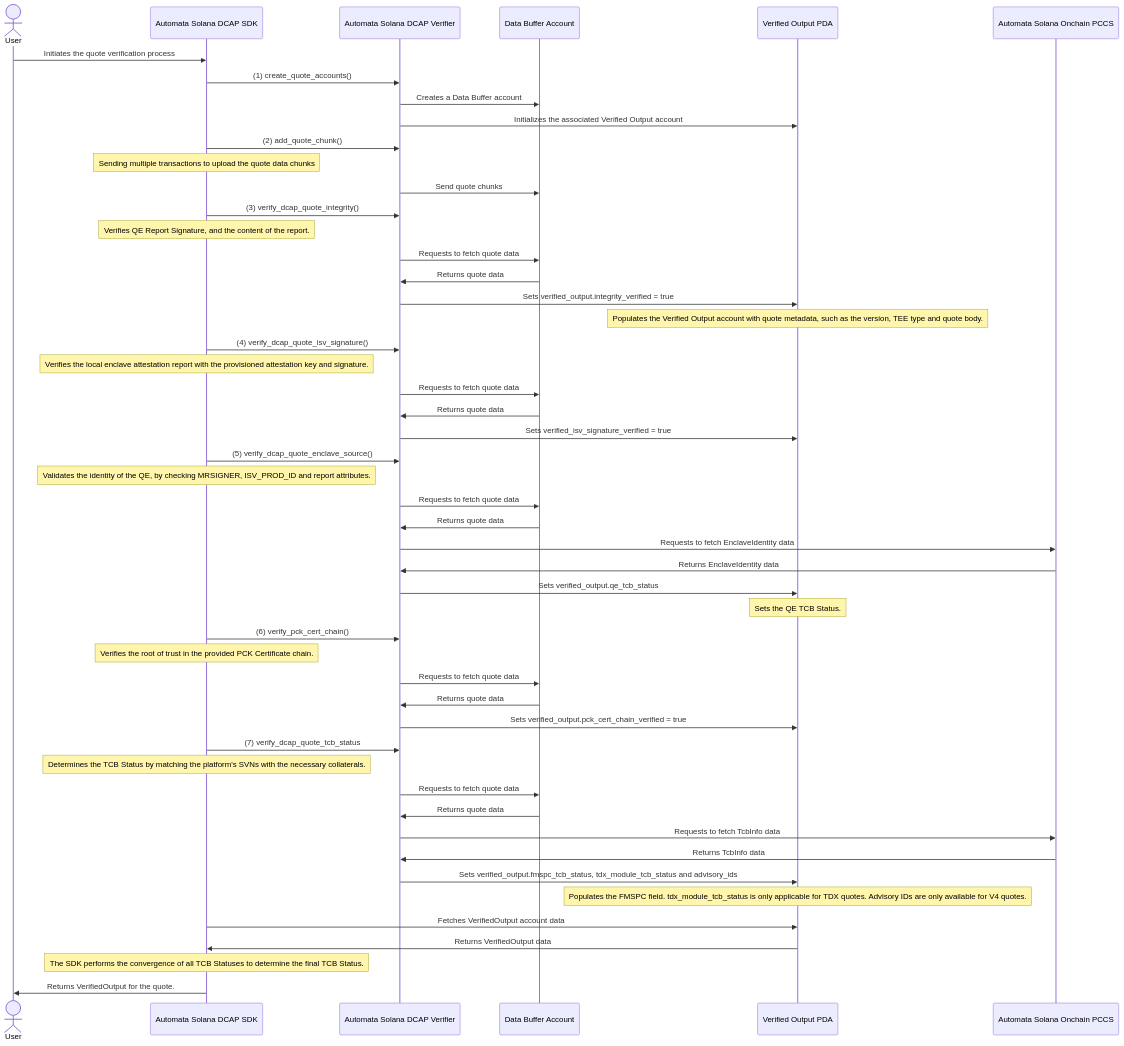
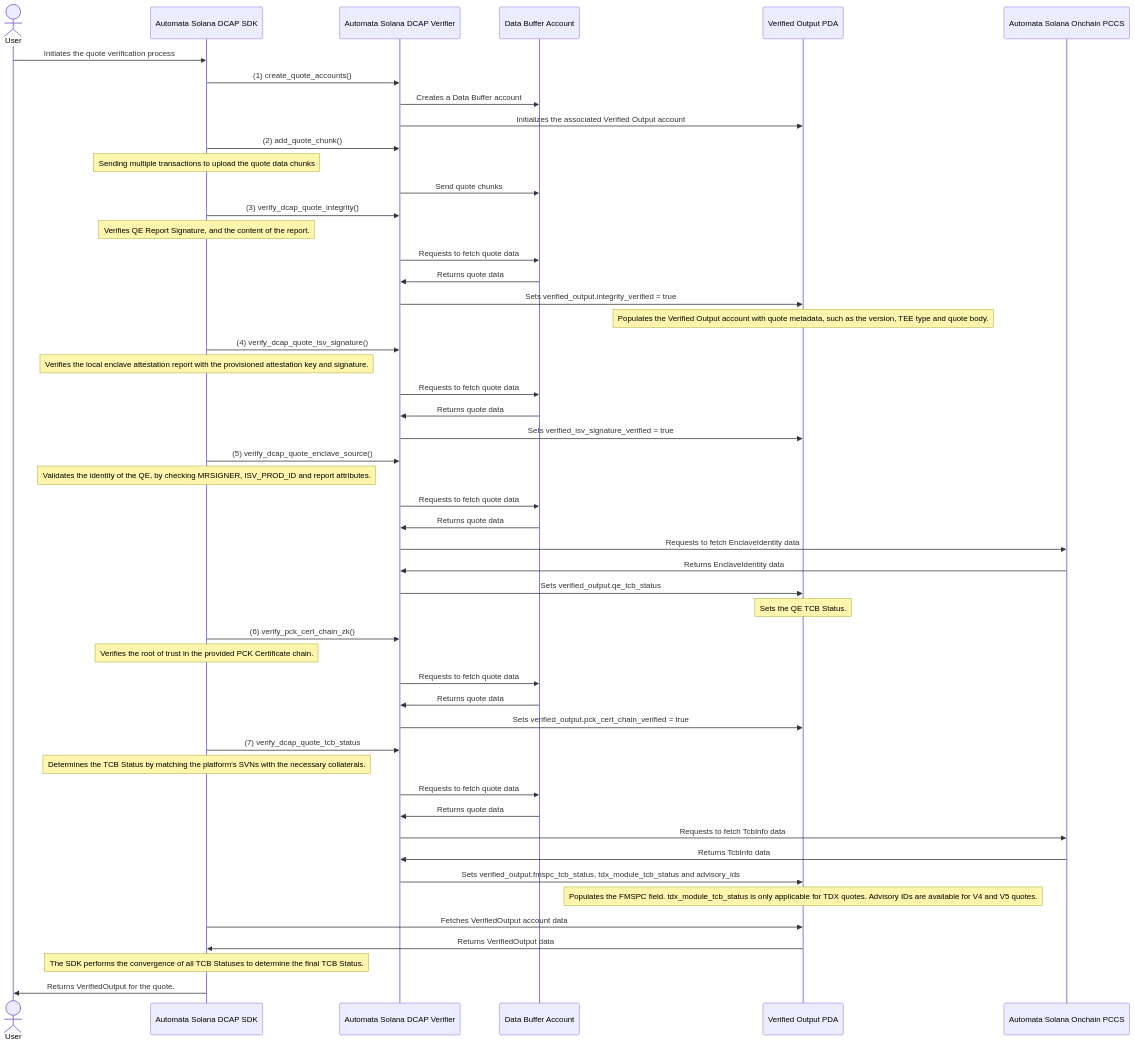
One commit to automata-network/automata-dcap-attestation changed the diagram in solana/automata-dcap-framework/README.md. Above: the diagram before and after it, drawn with Mermaid. The commit also changed other lines of this file, not shown here.

````diff
--- a/solana/automata-dcap-framework/README.md
+++ b/solana/automata-dcap-framework/README.md
@@ -44,72 +44,72 @@
 ```mermaid
 sequenceDiagram
 
     actor User
     participant SDK as Automata Solana DCAP SDK
     participant DCAP as Automata Solana DCAP Verifier
     participant Data as Data Buffer Account
     participant Output as Verified Output PDA
     participant PCCS as Automata Solana Onchain PCCS
 
     User->>SDK: Initiates the quote verification process
 
     SDK->>DCAP: (1) create_quote_accounts()
     DCAP->>Data: Creates a Data Buffer account
     DCAP->>Output: Initializes the associated Verified Output account
 
     SDK->>DCAP: (2) add_quote_chunk()
     Note over SDK: Sending multiple transactions to upload the quote data chunks
 
     DCAP->>Data: Send quote chunks
 
     SDK->>DCAP: (3) verify_dcap_quote_integrity()
     Note over SDK: Verifies QE Report Signature, and the content of the report.
 
     DCAP->>Data: Requests to fetch quote data
     Data->>DCAP: Returns quote data
     DCAP->>Output: Sets verified_output.integrity_verified = true
     Note over Output: Populates the Verified Output account with quote metadata, such as the version, TEE type and quote body.
 
     SDK->>DCAP: (4) verify_dcap_quote_isv_signature()
     Note over SDK: Verifies the local enclave attestation report with the provisioned attestation key and signature.
 
     DCAP->>Data: Requests to fetch quote data
     Data->>DCAP: Returns quote data
     DCAP->>Output: Sets verified_isv_signature_verified = true
 
     SDK->>DCAP: (5) verify_dcap_quote_enclave_source()
     Note over SDK: Validates the identity of the QE, by checking MRSIGNER, ISV_PROD_ID and report attributes.
 
     DCAP->>Data: Requests to fetch quote data
     Data->>DCAP: Returns quote data
     DCAP->>PCCS: Requests to fetch EnclaveIdentity data
     PCCS->>DCAP: Returns EnclaveIdentity data
     DCAP->>Output: Sets verified_output.qe_tcb_status
     Note over Output: Sets the QE TCB Status.
 
-    SDK->>DCAP: (6) verify_pck_cert_chain()
+    SDK->>DCAP: (6) verify_pck_cert_chain_zk()
 
     Note over SDK: Verifies the root of trust in the provided PCK Certificate chain.
 
     DCAP->>Data: Requests to fetch quote data
     Data->>DCAP: Returns quote data
     DCAP->>Output: Sets verified_output.pck_cert_chain_verified = true
 
     SDK->>DCAP: (7) verify_dcap_quote_tcb_status
 
     Note over SDK: Determines the TCB Status by matching the platform's SVNs with the necessary collaterals.
 
     DCAP->>Data: Requests to fetch quote data
     Data->>DCAP: Returns quote data
     DCAP->>PCCS: Requests to fetch TcbInfo data
     PCCS->>DCAP: Returns TcbInfo data
     DCAP->>Output: Sets verified_output.fmspc_tcb_status, tdx_module_tcb_status and advisory_ids
-    Note over Output: Populates the FMSPC field. tdx_module_tcb_status is only applicable for TDX quotes. Advisory IDs are only available for V4 quotes.
+    Note over Output: Populates the FMSPC field. tdx_module_tcb_status is only applicable for TDX quotes. Advisory IDs are available for V4 and V5 quotes.
 
     SDK->>Output: Fetches VerifiedOutput account data
     Output->>SDK: Returns VerifiedOutput data
 
     Note over SDK: The SDK performs the convergence of all TCB Statuses to determine the final TCB Status.
 
     SDK->>User: Returns VerifiedOutput for the quote.
 ```
````
